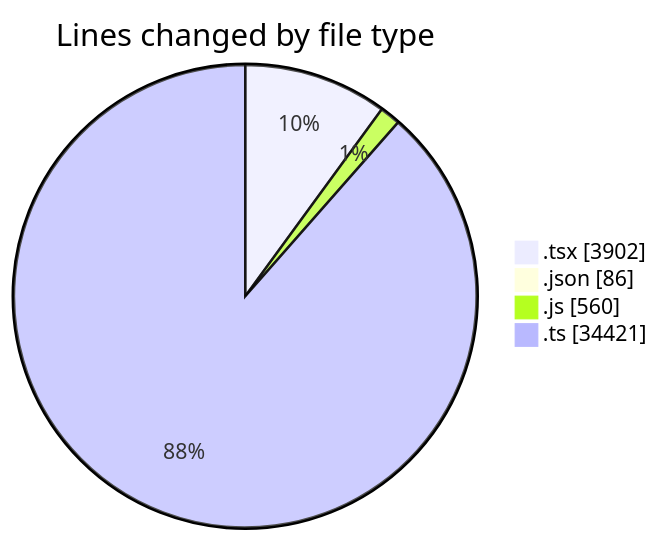
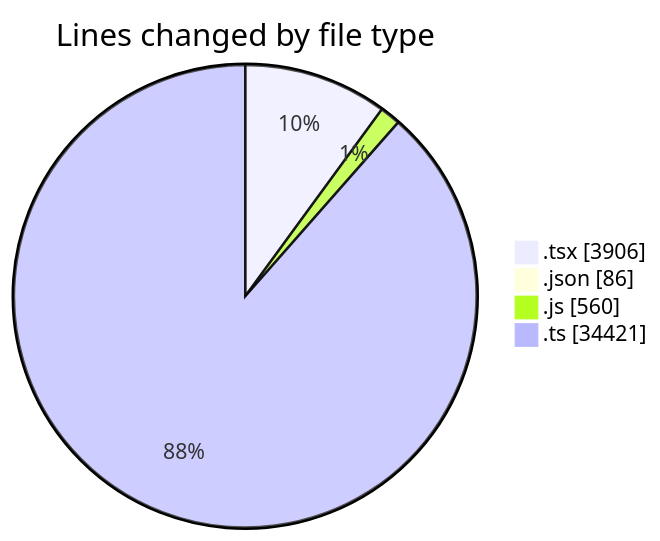
Before and after one commit to momahboobian/code-tracking: the first of 2 diagrams in 2025-11-10/cda/README.md, drawn with Mermaid. The commit also changed other lines of this file and 1 other file, not shown here.

````diff
--- a/2025-11-10/cda/README.md
+++ b/2025-11-10/cda/README.md
@@ -39,8 +39,8 @@
 ```mermaid
 pie showData
 title Lines changed by file type
-".tsx" : 3902
+".tsx" : 3906
 ".json" : 86
 ".js" : 560
 ".ts" : 34421
 ```
````
